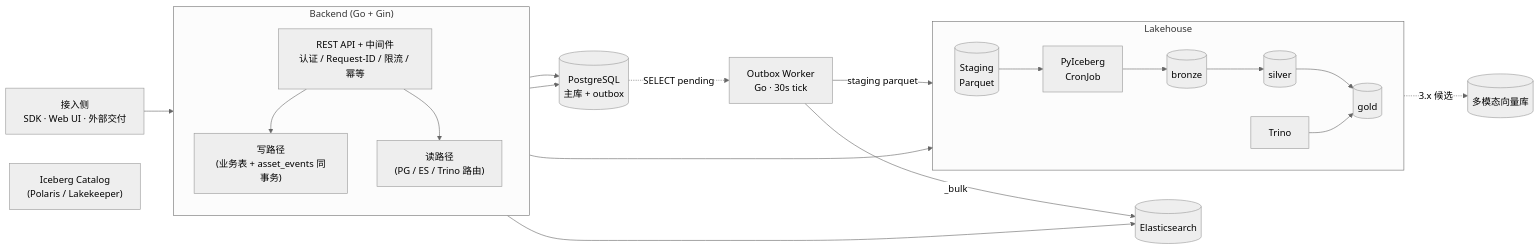
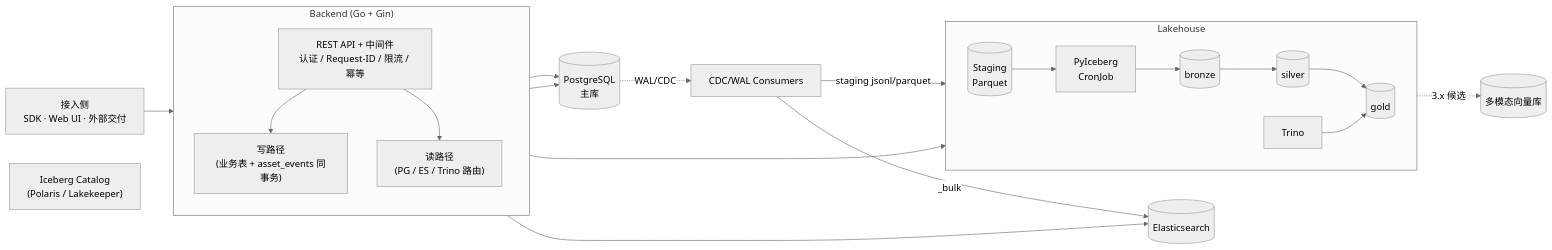
Before and after one commit to rouse2617/Databricks4robot: the first of 24 diagrams in docs/review/data-platform-design.md, drawn with Mermaid (neutral theme). The commit also changed other lines of this file and 48 other files, not shown here.

````diff
--- a/docs/review/data-platform-design.md
+++ b/docs/review/data-platform-design.md
@@ -103,35 +103,35 @@
 ```mermaid
 flowchart LR
     Users[接入侧<br>SDK · Web UI · 外部交付]
 
     subgraph BE["Backend (Go + Gin)"]
         direction TB
         API[REST API + 中间件<br>认证 / Request-ID / 限流 / 幂等]
         WR["写路径<br>(业务表 + asset_events 同事务)"]
         RD["读路径<br>(PG / ES / Trino 路由)"]
         API --> WR
         API --> RD
     end
 
-    PG[(PostgreSQL<br>主库 + outbox)]
-    Worker[Outbox Worker<br>Go · 30s tick]
+    PG[(PostgreSQL<br>主库)]
+    CDC[CDC/WAL Consumers]
     ES[(Elasticsearch)]
 
     subgraph Lake[Lakehouse]
         direction LR
         Staging[(Staging<br>Parquet)] --> Cron[PyIceberg<br>CronJob]
         Cron --> Bronze[(bronze)] --> Silver[(silver)] --> Gold[(gold)]
         Trino[Trino] --> Gold
     end
     Catalog["Iceberg Catalog<br>(Polaris / Lakekeeper)"]
 
     Users --> API
     WR --> PG
-    PG -. SELECT pending .-> Worker
-    Worker -- _bulk --> ES
-    Worker -- staging parquet --> Staging
+    PG -. WAL/CDC .-> CDC
+    CDC -- _bulk --> ES
+    CDC -- staging jsonl/parquet --> Staging
     RD --> PG
     RD --> ES
     RD --> Trino
     Gold -.->|3.x 候选| Vec[(多模态向量库)]
 ```
````
